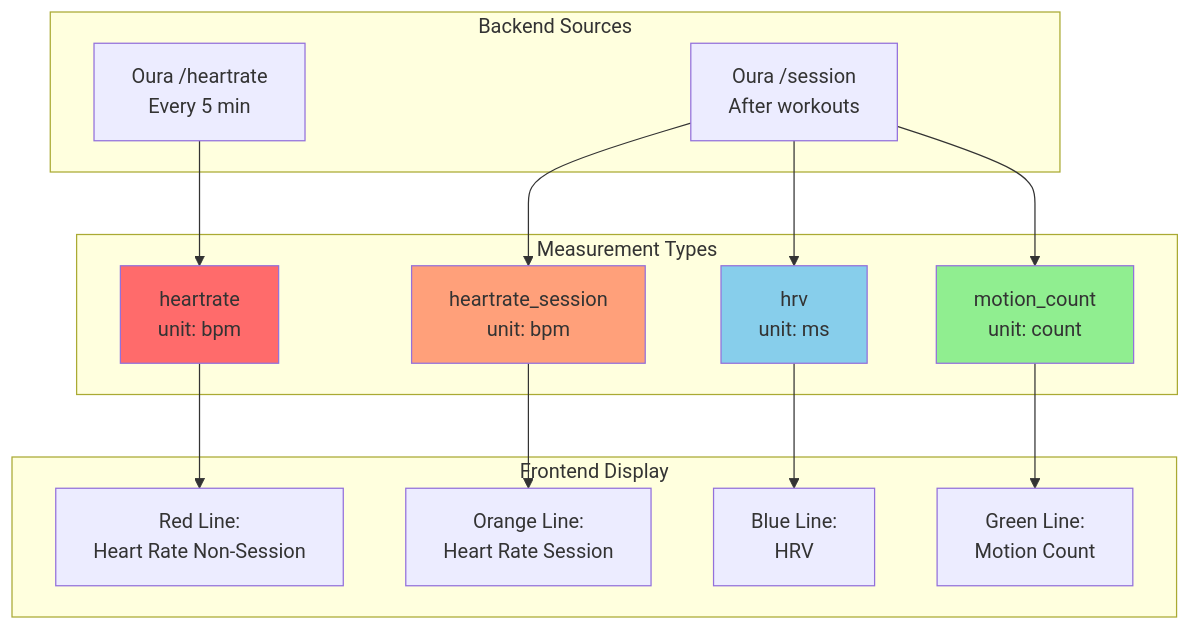
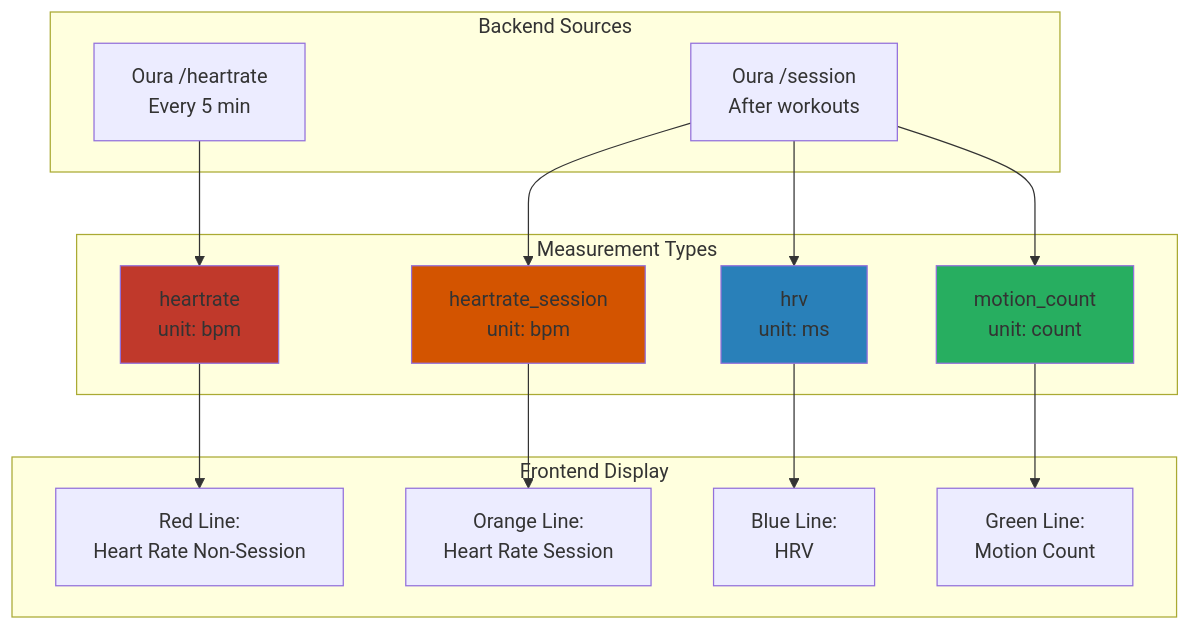
One commit to michael-de-wit/mood-ring-frontend changed the third of 5 diagrams in docs/data-flow-diagram.md. Above: the diagram before and after it, drawn with Mermaid. The commit also changed other lines of this file, not shown here.

Commit message:
data-flow documentation

````diff
--- a/docs/data-flow-diagram.md
+++ b/docs/data-flow-diagram.md
@@ -146,36 +239,36 @@
 ```mermaid
 graph TD
     subgraph "Backend Sources"
         OuraHR[Oura /heartrate<br/>Every 5 min]
         OuraSession[Oura /session<br/>After workouts]
     end
 
     subgraph "Measurement Types"
         HR[heartrate<br/>unit: bpm]
         HRSession[heartrate_session<br/>unit: bpm]
         HRV[hrv<br/>unit: ms]
         Motion[motion_count<br/>unit: count]
     end
 
     subgraph "Frontend Display"
         RedLine[Red Line:<br/>Heart Rate Non-Session]
         OrangeLine[Orange Line:<br/>Heart Rate Session]
         BlueLine[Blue Line:<br/>HRV]
         GreenLine[Green Line:<br/>Motion Count]
     end
 
     OuraHR --> HR
     OuraSession --> HRSession
     OuraSession --> HRV
     OuraSession --> Motion
 
     HR --> RedLine
     HRSession --> OrangeLine
     HRV --> BlueLine
     Motion --> GreenLine
 
-    style HR fill:#ff6b6b
-    style HRSession fill:#ffa07a
-    style HRV fill:#87ceeb
-    style Motion fill:#90ee90
+    style HR fill:#c0392b
+    style HRSession fill:#d35400
+    style HRV fill:#2980b9
+    style Motion fill:#27ae60
 ```
````
